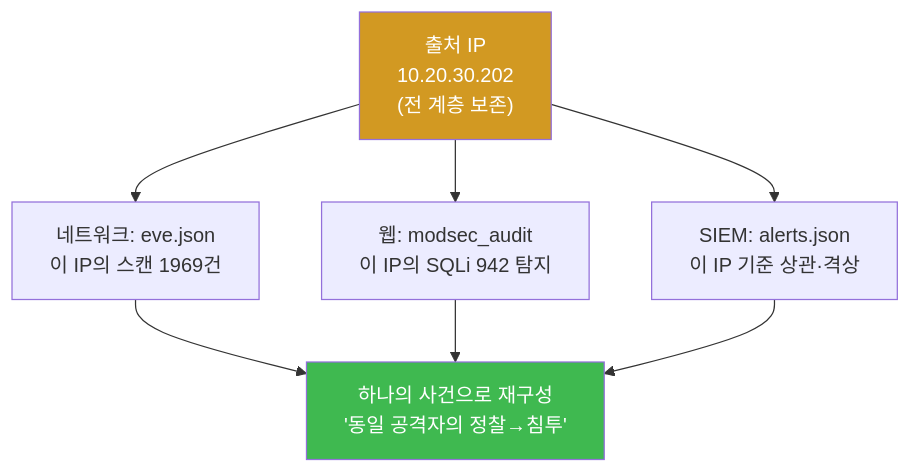
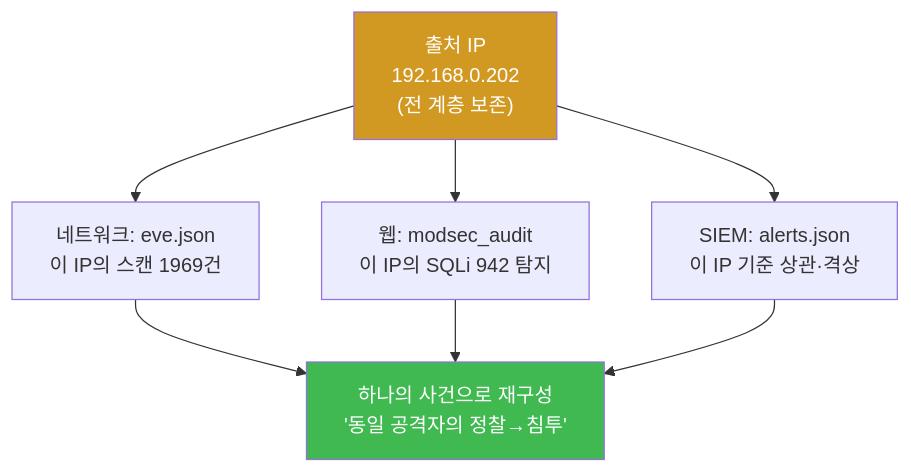
The fourth of 5 diagrams in contents/training/soc-adv/lecture_week01.md (mrgrit/tw2), drawn with Mermaid before and after one commit. The commit also changed other lines of this file and 28 other files, not shown here.

````diff
--- a/contents/training/soc-adv/lecture_week01.md
+++ b/contents/training/soc-adv/lecture_week01.md
@@ -374,12 +373,12 @@
 ```mermaid
 graph TD
-    SRC["출처 IP<br/>10.20.30.202<br/>(전 계층 보존)"]
+    SRC["출처 IP<br/>192.168.0.202<br/>(전 계층 보존)"]
     SRC --> N["네트워크: eve.json<br/>이 IP의 스캔 1969건"]
     SRC --> W["웹: modsec_audit<br/>이 IP의 SQLi 942 탐지"]
     SRC --> S["SIEM: alerts.json<br/>이 IP 기준 상관·격상"]
     N --> C["하나의 사건으로 재구성<br/>'동일 공격자의 정찰→침투'"]
     W --> C
     S --> C
     style SRC fill:#d29922,color:#fff
     style C fill:#3fb950,color:#fff
 ```
````
